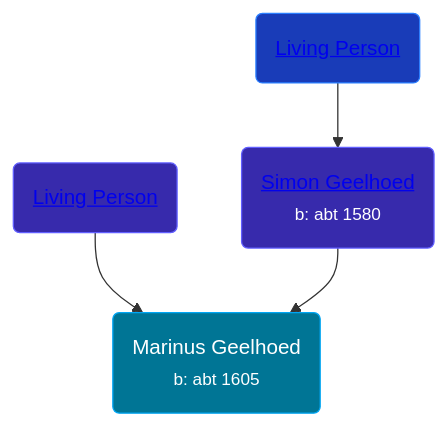
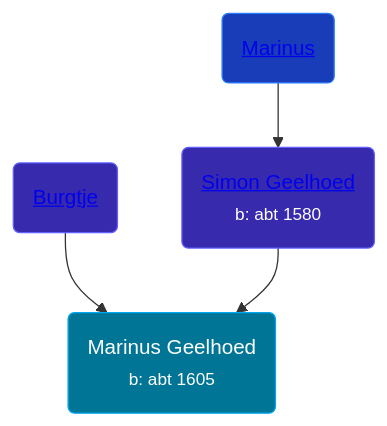
One commit to wpmgotkh/wpmgotkh.github.io changed the diagram in pages/people/4/47020978.md. Above: the diagram before and after it, drawn with Mermaid. The commit also changed other lines of this file and 586 other files, not shown here.

Commit message:
feat: better shouldConsiderPersonLiving algo

````diff
--- a/pages/people/4/47020978.md
+++ b/pages/people/4/47020978.md
@@ -11,10 +11,10 @@
 ```mermaid
 graph
 classDef grands fill:#193cb8,stroke:#2b7fff,stroke-width:1px,color:#fff;
 classDef parents fill:#372aac,stroke:#615fff,stroke-width:1px,color:#fff;
 classDef primary fill:#007595,stroke:#00a6f4,stroke-width:1px,color:#fff;
 47020978(Marinus Geelhoed<br /><small>b: abt 1605</small>):::primary
-19894026(<a class="text-white" href="/people/1/19894026">Living Person</a>):::parents-->47020978
+19894026(<a class="text-white" href="/people/1/19894026">Burgtje </a>):::parents-->47020978
 784264(<a class="text-white" href="/people/7/784264">Simon Geelhoed</a><br /><small>b: abt 1580</small>):::parents-->47020978
-5696556(<a class="text-white" href="/people/5/5696556">Living Person</a>):::grands-->784264
+5696556(<a class="text-white" href="/people/5/5696556">Marinus </a>):::grands-->784264
 ```
````
